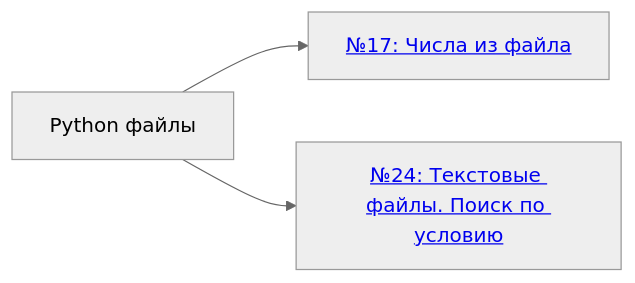
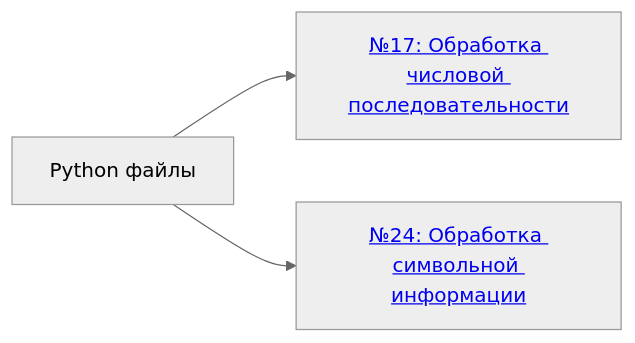
The fourth of 6 diagrams in README.md (scharfff/spbpu-inf-course), drawn with Mermaid (neutral theme) before and after one commit. The commit also changed other lines of this file and 30 other files, not shown here.

````diff
--- a/README.md
+++ b/README.md
@@ -134,9 +131,9 @@
 ```mermaid
 flowchart LR
   T4["Python файлы"]
-  T4 --> T4a["<a href='https://github.com/scharfff/spbpu-inf-course/tree/2026/%D0%97%D0%B0%D0%B4%D0%B0%D0%BD%D0%B8%D0%B5_17_%D0%A7%D0%B8%D1%81%D0%BB%D0%B0_%D0%B8%D0%B7_%D1%84%D0%B0%D0%B9%D0%BB%D0%B0'>№17: Числа из файла</a>"]
-  T4 --> T4b["<a href='https://github.com/scharfff/spbpu-inf-course/tree/2026/%D0%97%D0%B0%D0%B4%D0%B0%D0%BD%D0%B8%D0%B5_24_%D0%A2%D0%B5%D0%BA%D1%81%D1%82%D0%BE%D0%B2%D1%8B%D0%B5_%D1%84%D0%B0%D0%B9%D0%BB%D1%8B'>№24: Текстовые файлы. Поиск по условию</a>"]
+  T4 --> T4a["<a href='https://github.com/scharfff/spbpu-inf-course/tree/2027/Задание_17_Числа_из_файла'>№17: Обработка числовой последовательности</a>"]
+  T4 --> T4b["<a href='https://github.com/scharfff/spbpu-inf-course/tree/2027/Задание_24_Текстовые_файлы'>№24: Обработка символьной информации</a>"]
 
-  click T4a "https://github.com/scharfff/spbpu-inf-course/tree/2026/%D0%97%D0%B0%D0%B4%D0%B0%D0%BD%D0%B8%D0%B5_17_%D0%A7%D0%B8%D1%81%D0%BB%D0%B0_%D0%B8%D0%B7_%D1%84%D0%B0%D0%B9%D0%BB%D0%B0"
-  click T4b "https://github.com/scharfff/spbpu-inf-course/tree/2026/%D0%97%D0%B0%D0%B4%D0%B0%D0%BD%D0%B8%D0%B5_24_%D0%A2%D0%B5%D0%BA%D1%81%D1%82%D0%BE%D0%B2%D1%8B%D0%B5_%D1%84%D0%B0%D0%B9%D0%BB%D1%8B"
+  click T4a "https://github.com/scharfff/spbpu-inf-course/tree/2027/Задание_17_Числа_из_файла"
+  click T4b "https://github.com/scharfff/spbpu-inf-course/tree/2027/Задание_24_Текстовые_файлы"
 ```
````
